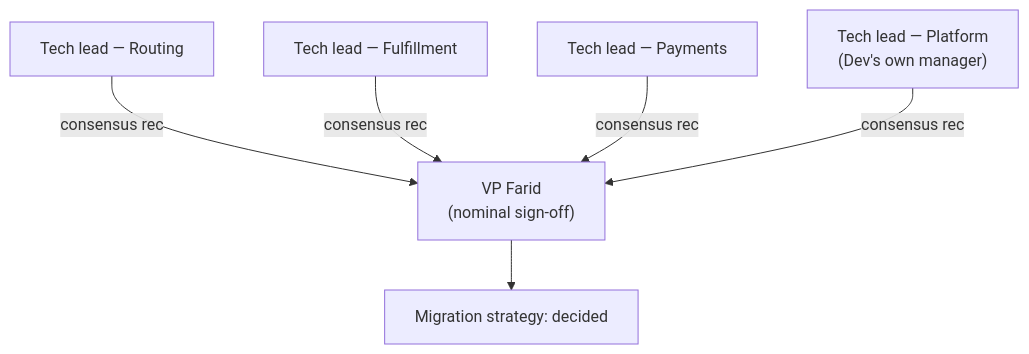
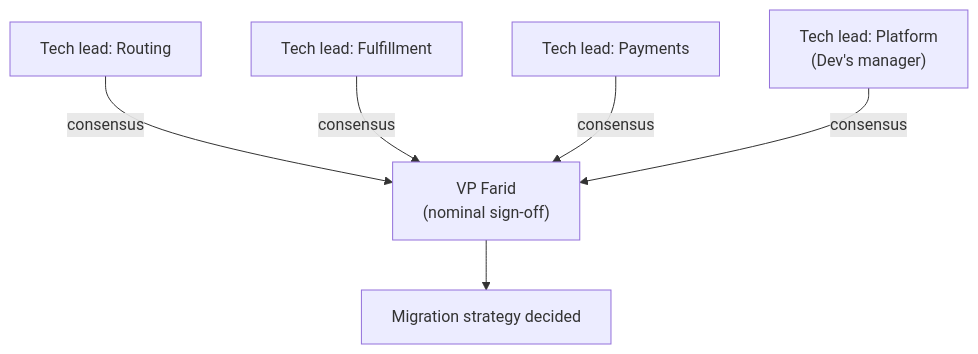
The first of 2 diagrams in src/content/business-communication/informal-authority/L2-concept.mdx (francoandreDev/knowledge), drawn with Mermaid before and after one commit. The commit also changed other lines of this file and 3 other files, not shown here.

````diff
--- a/src/content/business-communication/informal-authority/L2-concept.mdx
+++ b/src/content/business-communication/informal-authority/L2-concept.mdx
@@ -26,8 +38,8 @@
 ```mermaid
 flowchart TD
-    Sana["Tech lead — Routing"] -->|consensus rec| VP["VP Farid<br/>(nominal sign-off)"]
-    Miguel["Tech lead — Fulfillment"] -->|consensus rec| VP
-    Aisha["Tech lead — Payments"] -->|consensus rec| VP
-    Tomas["Tech lead — Platform<br/>(Dev's own manager)"] -->|consensus rec| VP
-    VP --> Decision["Migration strategy: decided"]
+    Sana["Tech lead: Routing"] -->|consensus| VP["VP Farid<br/>(nominal sign-off)"]
+    Miguel["Tech lead: Fulfillment"] -->|consensus| VP
+    Aisha["Tech lead: Payments"] -->|consensus| VP
+    Tomas["Tech lead: Platform<br/>(Dev's manager)"] -->|consensus| VP
+    VP --> Decision["Migration strategy decided"]
 ```
````
